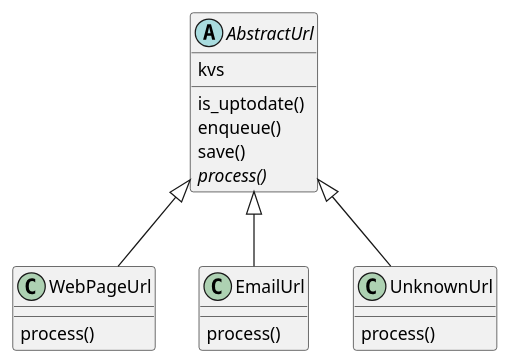
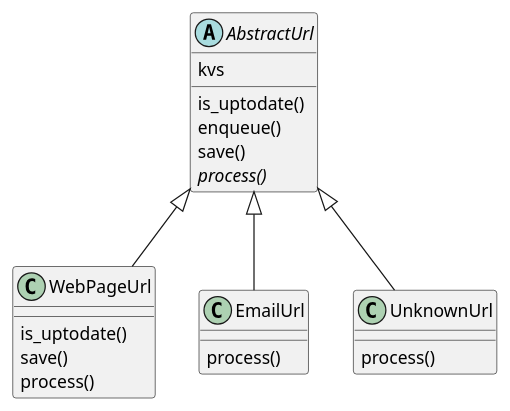
Before and after one commit to brochwerger/crawler: the diagram in design/urls_class.puml, drawn with PlantUML. The commit also changed 3 other files, not shown here.

Commit message:
- Updated class diagram

```diff
--- a/design/urls_class.puml
+++ b/design/urls_class.puml
@@ -1,27 +1,29 @@
 @startuml
 
 abstract class AbstractUrl {
   kvs
   is_uptodate()
   enqueue()
   save()
   {abstract} process()
 }
 
 class WebPageUrl {
+ is_uptodate()
+ save()
  process()
 }
 
 class EmailUrl {
  process()
 }
 
 class UnknownUrl {
  process()
 }
 
 AbstractUrl <|-- EmailUrl
 AbstractUrl <|-- WebPageUrl
 AbstractUrl <|-- UnknownUrl
 
 @enduml
```
